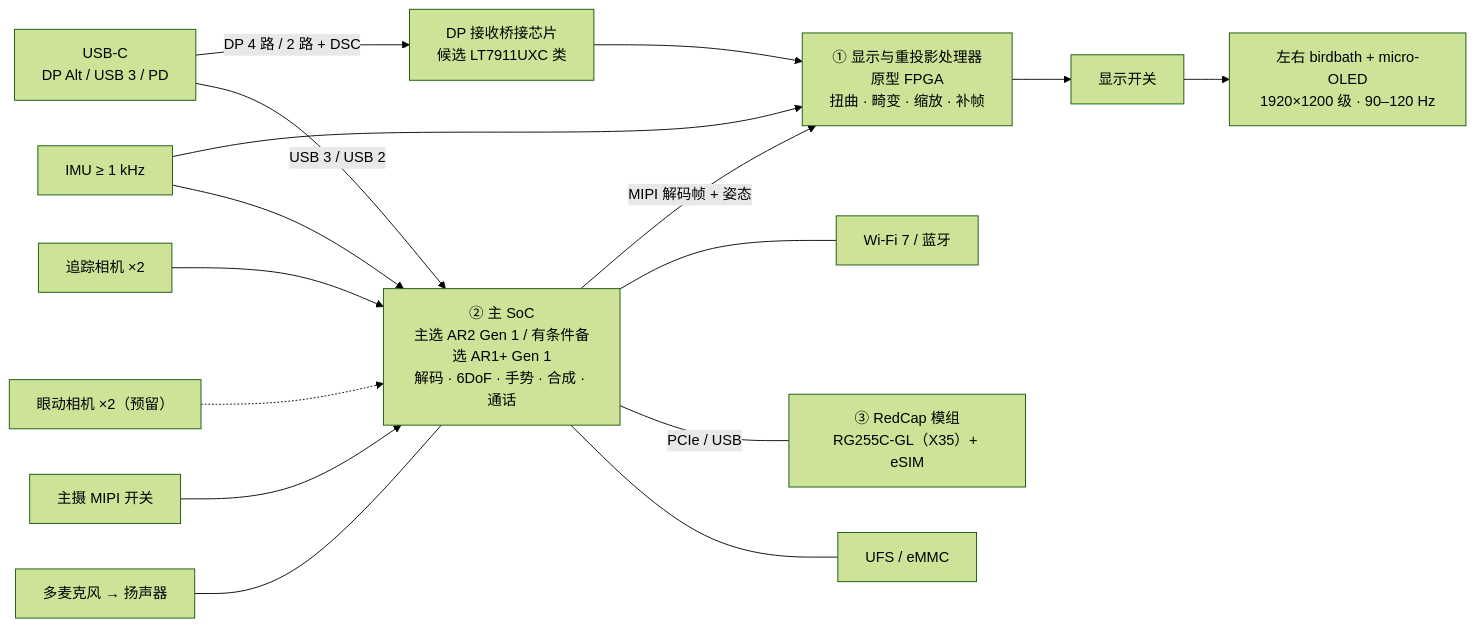
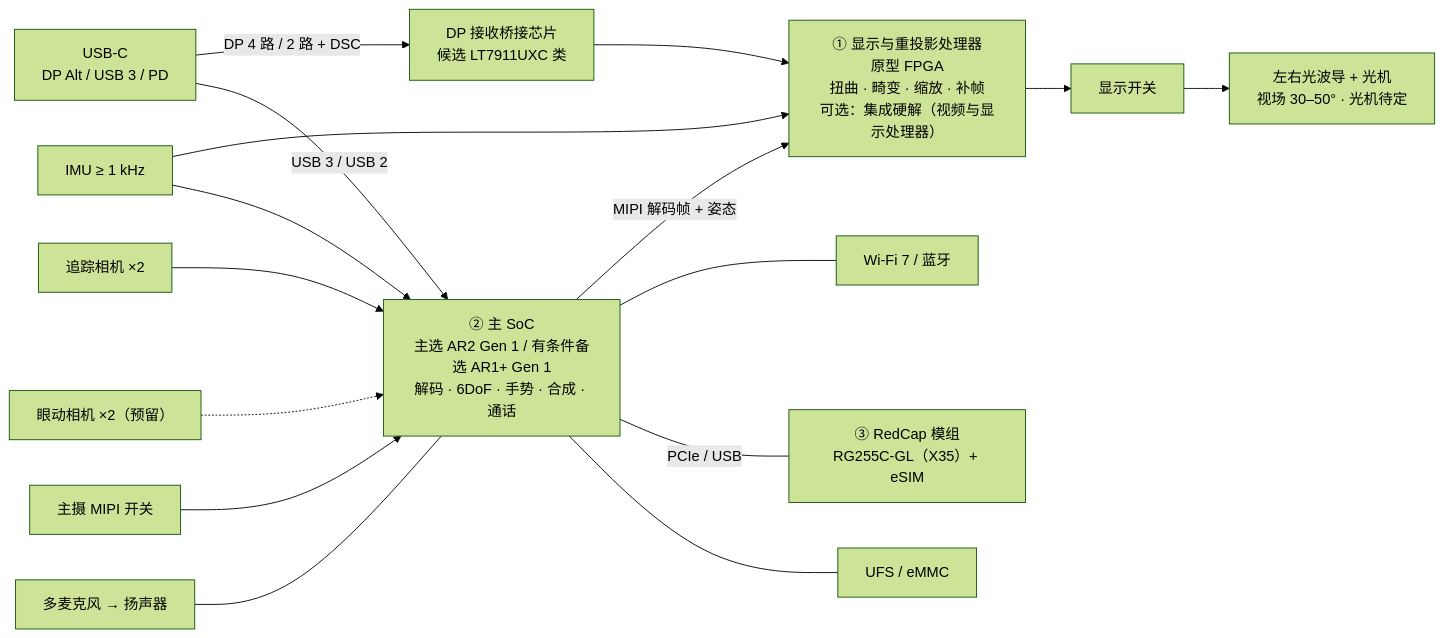
Before and after one commit to jodancain/independent-cellular-ai-glasses: the second of 9 diagrams in docs/system-architecture.md, drawn with Mermaid (forest theme). The commit also changed other lines of this file and 31 other files, not shown here.

First line of the commit message:
显示改为只用光波导（决定 #21，方案 v0.7.4）；新增视频与显示处理器可选路线；网站、9 张动态架构图与宣传片按定稿视觉重做

````diff
--- a/docs/system-architecture.md
+++ b/docs/system-architecture.md
@@ -79,30 +79,30 @@
 ```mermaid
 flowchart LR
   USBC["USB-C<br/>DP Alt / USB 3 / PD"]
   DPRX["DP 接收桥接芯片<br/>候选 LT7911UXC 类"]
-  DPU["① 显示与重投影处理器<br/>原型 FPGA<br/>扭曲 · 畸变 · 缩放 · 补帧"]
+  DPU["① 显示与重投影处理器<br/>原型 FPGA<br/>扭曲 · 畸变 · 缩放 · 补帧<br/>可选：集成硬解（视频与显示处理器）"]
   DSW["显示开关"]
-  OPT["左右 birdbath + micro-OLED<br/>1920×1200 级 · 90–120 Hz"]
+  OPT["左右光波导 + 光机<br/>视场 30–50° · 光机待定"]
   SOC["② 主 SoC<br/>主选 AR2 Gen 1 / 有条件备选 AR1+ Gen 1<br/>解码 · 6DoF · 手势 · 合成 · 通话"]
   WIFI["Wi-Fi 7 / 蓝牙"]
   CELL["③ RedCap 模组<br/>RG255C-GL（X35）+ eSIM"]
   UFS["UFS / eMMC"]
   IMU["IMU ≥ 1 kHz"]
   TRK["追踪相机 ×2"]
   EYE["眼动相机 ×2（预留）"]
   CSW["主摄 MIPI 开关"]
   MIC["多麦克风 → 扬声器"]
 
   USBC -- "DP 4 路 / 2 路 + DSC" --> DPRX --> DPU --> DSW --> OPT
   USBC -- "USB 3 / USB 2" --> SOC
   SOC -- "MIPI 解码帧 + 姿态" --> DPU
   IMU --> DPU
   IMU --> SOC
   TRK --> SOC
   EYE -.-> SOC
   CSW --> SOC
   MIC --- SOC
   SOC --- WIFI
   SOC -- "PCIe / USB" --- CELL
   SOC --- UFS
 ```
````
